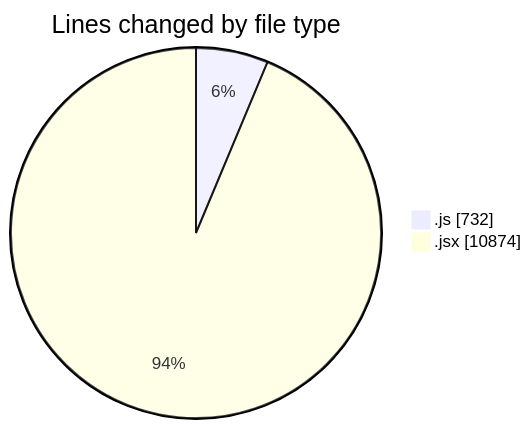
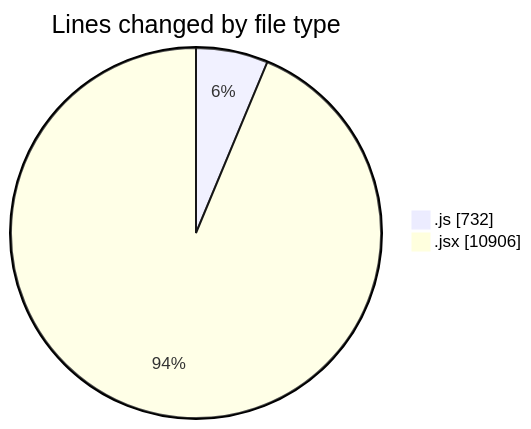
Before and after one commit to nxtqubesakshisongat/code-tracking: the first of 2 diagrams in 2025-07-28/nxtqube_webapp/README.md, drawn with Mermaid. The commit also changed other lines of this file and 1 other file, not shown here.

````diff
--- a/2025-07-28/nxtqube_webapp/README.md
+++ b/2025-07-28/nxtqube_webapp/README.md
@@ -47,6 +47,6 @@
 ```mermaid
 pie showData
 title Lines changed by file type
 ".js" : 732
-".jsx" : 10874
+".jsx" : 10906
 ```
````
